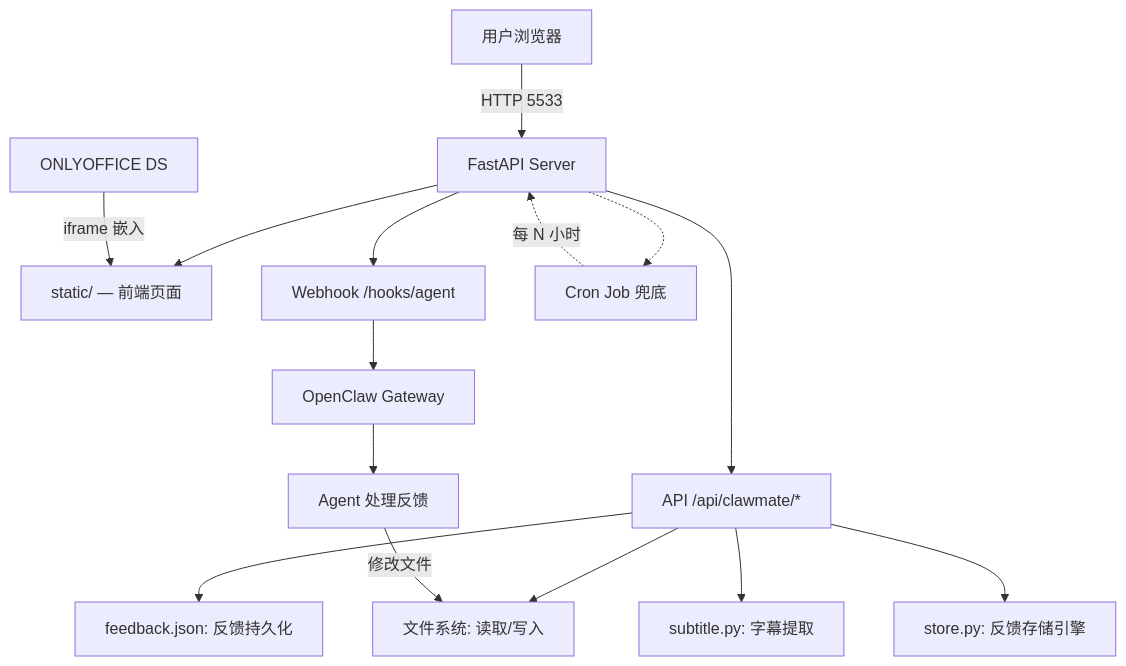
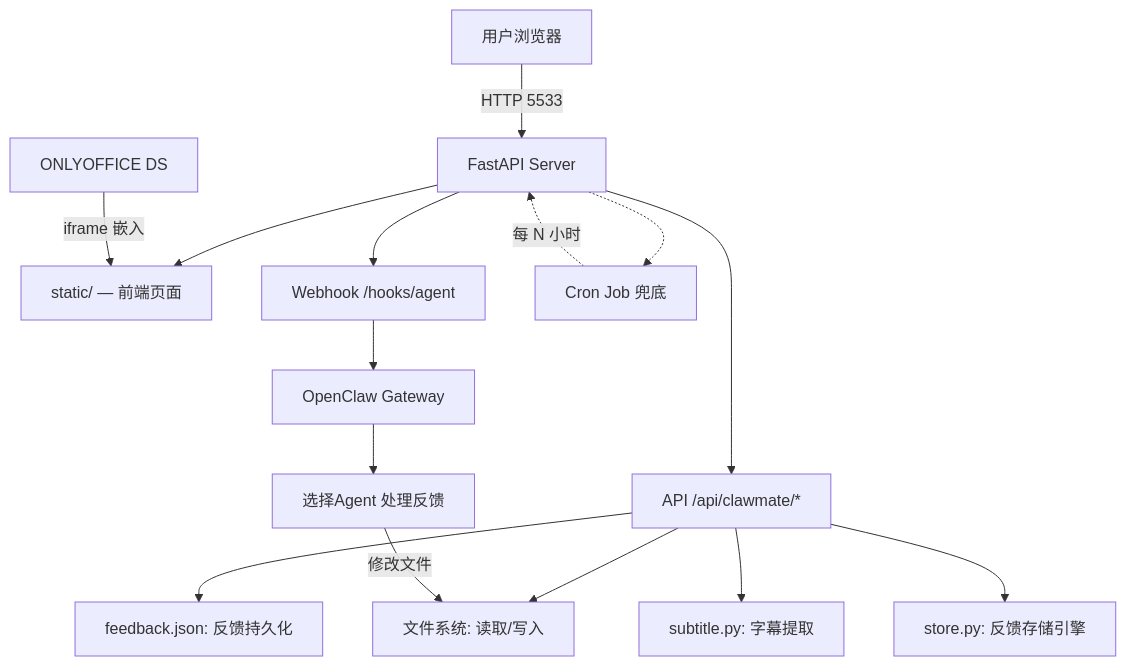
The second of 2 diagrams in README.md (updatedb/clawmate), drawn with Mermaid before and after one commit. The commit also changed other lines of this file and 1 other file, not shown here.

````diff
--- a/README.md
+++ b/README.md
@@ -111,17 +101,17 @@
 ```mermaid
 flowchart TD
     A[用户浏览器] -->|HTTP 5533| B[FastAPI Server]
     B --> C[static/ — 前端页面]
     B --> D[API /api/clawmate/*]
     D --> E[文件系统: 读取/写入]
     D --> F[feedback.json: 反馈持久化]
     D --> G[subtitle.py: 字幕提取]
     D --> H[store.py: 反馈存储引擎]
     B --> I[Webhook /hooks/agent]
     I --> J[OpenClaw Gateway]
-    J --> K[Agent 处理反馈]
+    J --> K[选择Agent 处理反馈]
     K -->|修改文件| E
     B -.-> L[Cron Job 兜底]
     L -.->|每 N 小时| B
     M[ONLYOFFICE DS] -->|iframe 嵌入| C
 ```
````
